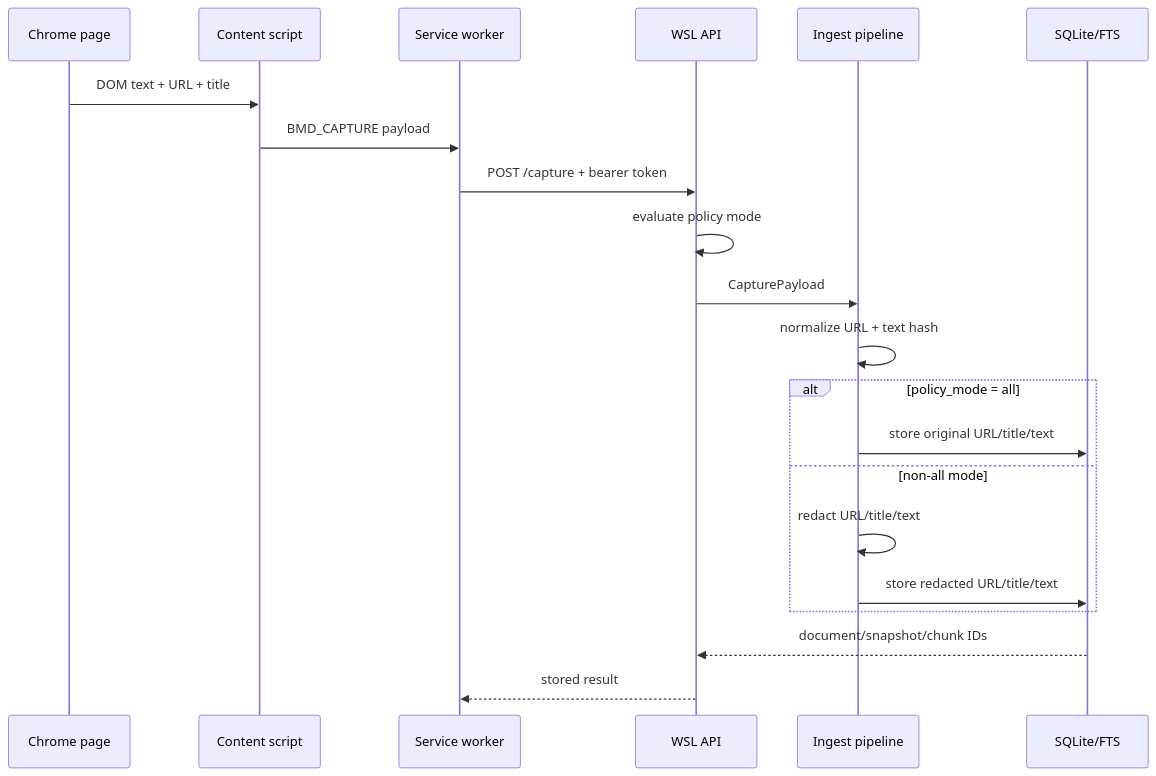
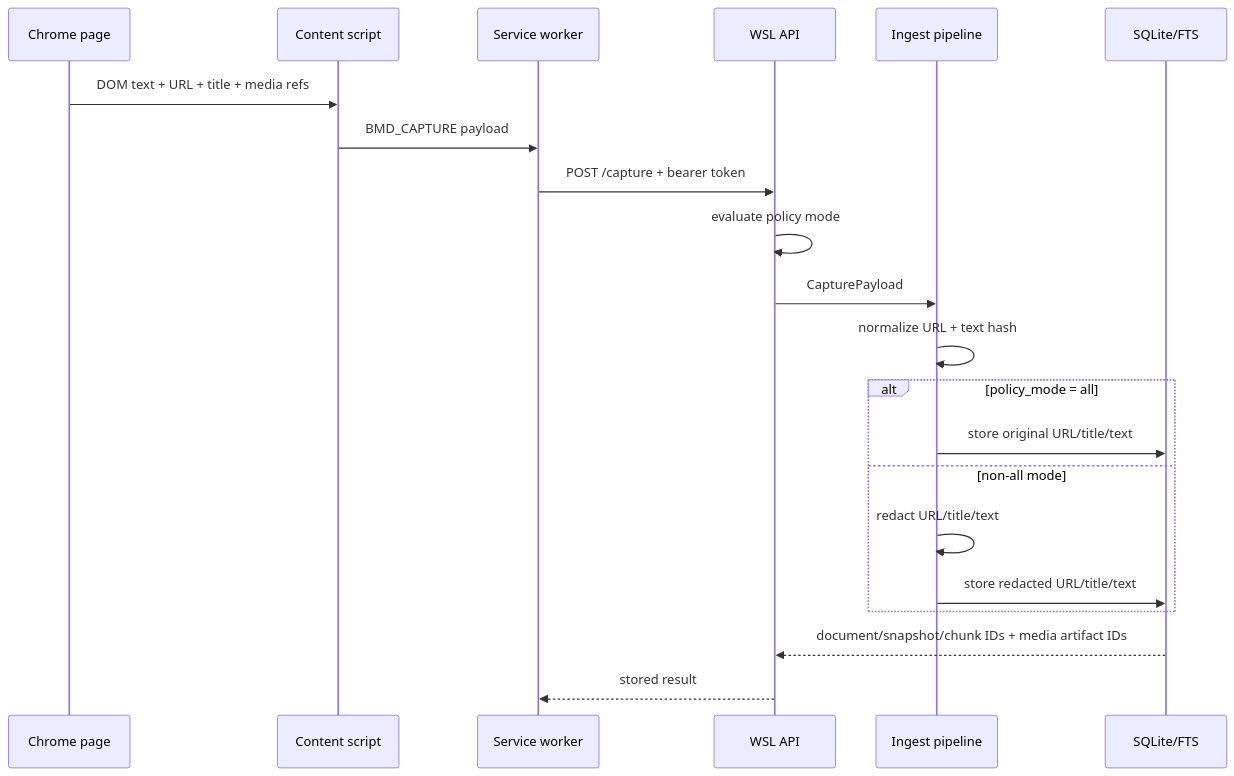
Before and after one commit to michaelnicks0/browser-memory-daemon: the fourth of 9 diagrams in docs/DIAGRAMS.md, drawn with Mermaid. The commit also changed other lines of this file and 31 other files, not shown here.

````diff
--- a/docs/DIAGRAMS.md
+++ b/docs/DIAGRAMS.md
@@ -69,24 +74,24 @@
 ```mermaid
 sequenceDiagram
   participant Page as Chrome page
   participant CS as Content script
   participant SW as Service worker
   participant API as WSL API
   participant Ingest as Ingest pipeline
   participant DB as SQLite/FTS
 
-  Page->>CS: DOM text + URL + title
+  Page->>CS: DOM text + URL + title + media refs
   CS->>SW: BMD_CAPTURE payload
   SW->>API: POST /capture + bearer token
   API->>API: evaluate policy mode
   API->>Ingest: CapturePayload
   Ingest->>Ingest: normalize URL + text hash
   alt policy_mode = all
     Ingest->>DB: store original URL/title/text
   else non-all mode
     Ingest->>Ingest: redact URL/title/text
     Ingest->>DB: store redacted URL/title/text
   end
-  DB-->>API: document/snapshot/chunk IDs
+  DB-->>API: document/snapshot/chunk IDs + media artifact IDs
   API-->>SW: stored result
 ```
````
